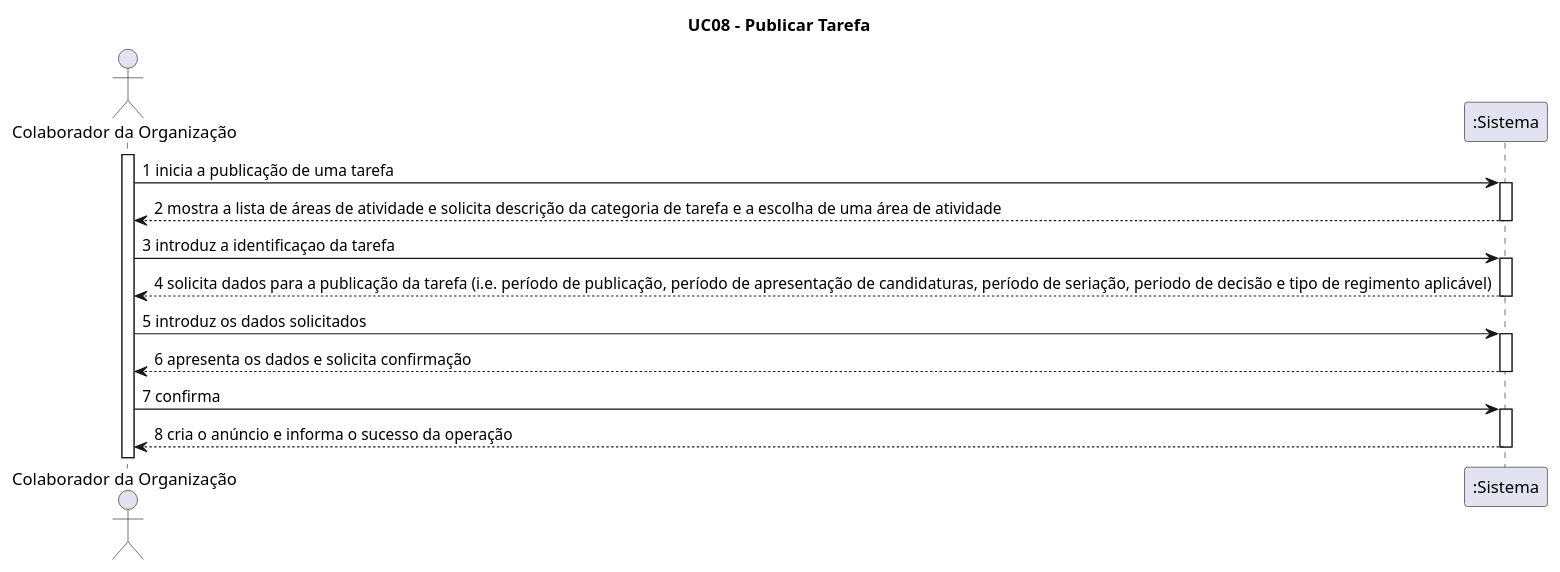
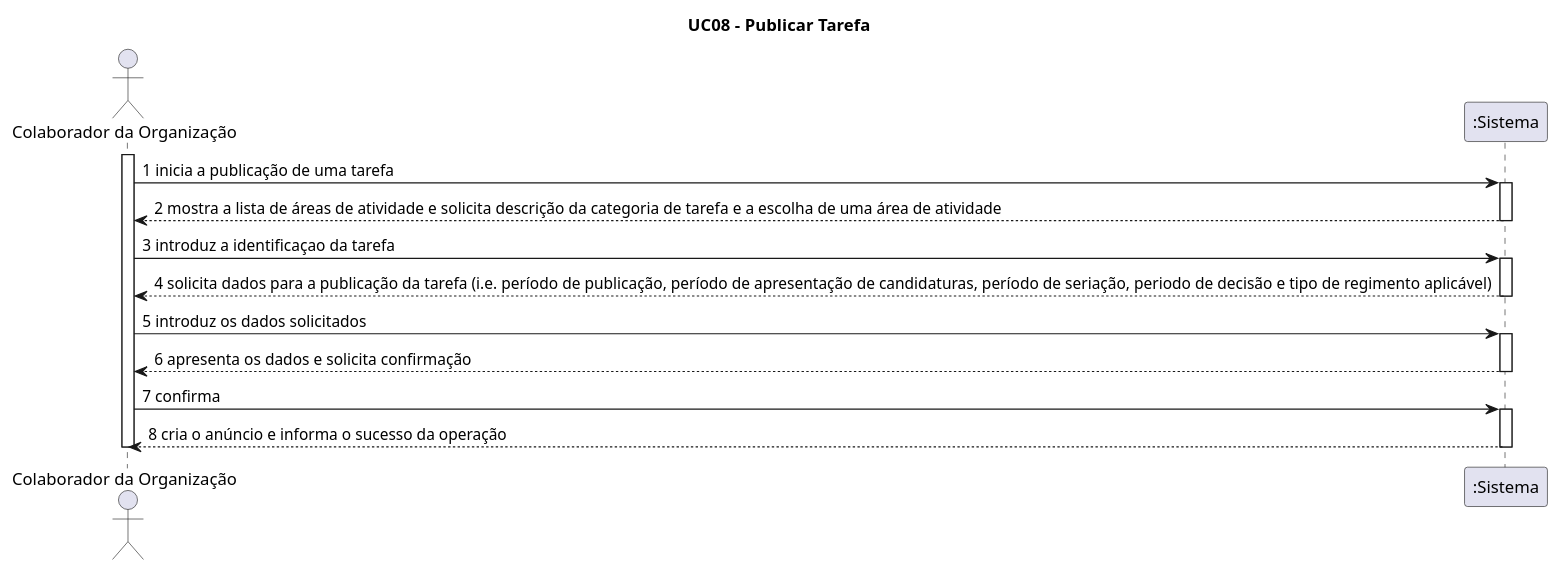
The diagram in Documentação/Sprint 3/UC08_Publicar_Tarefa/UC08_Publicar_Tarefa.wsd (blestonbandeiraUPSKILL/upskill_java1_labprg_grupo2), drawn with PlantUML before and after one commit. The commit also changed 4 other files, not shown here.

```diff
--- a/Documentação/Sprint 3/UC08_Publicar_Tarefa/UC08_Publicar_Tarefa.wsd
+++ b/Documentação/Sprint 3/UC08_Publicar_Tarefa/UC08_Publicar_Tarefa.wsd
@@ -1,32 +1,34 @@
 @startuml
 
 title UC08 - Publicar Tarefa
 
 actor "Colaborador da Organização"
 activate "Colaborador da Organização"
 
 "Colaborador da Organização" -> ":Sistema" : 1 inicia a publicação de uma tarefa
 activate ":Sistema"
 
 ":Sistema" --> "Colaborador da Organização": 2 mostra a lista de áreas de atividade e solicita descrição da categoria de tarefa e a escolha de uma área de atividade
 deactivate ":Sistema"
 
 "Colaborador da Organização" -> ":Sistema": 3 introduz a identificaçao da tarefa
 activate ":Sistema"
 
 ":Sistema" --> "Colaborador da Organização": 4 solicita dados para a publicação da tarefa (i.e. período de publicação, período de apresentação de candidaturas, período de seriação, periodo de decisão e tipo de regimento aplicável)
 deactivate ":Sistema"
 
 "Colaborador da Organização" -> ":Sistema": 5 introduz os dados solicitados
 activate ":Sistema"
 
 ":Sistema" --> "Colaborador da Organização": 6 apresenta os dados e solicita confirmação
 deactivate ":Sistema"
 
 "Colaborador da Organização" -> ":Sistema": 7 confirma
 activate ":Sistema"
 
 ":Sistema" --> "Colaborador da Organização": 8 cria o anúncio e informa o sucesso da operação
 deactivate ":Sistema"
 
+deactivate "Colaborador da Organização"
+
 @enduml
```
